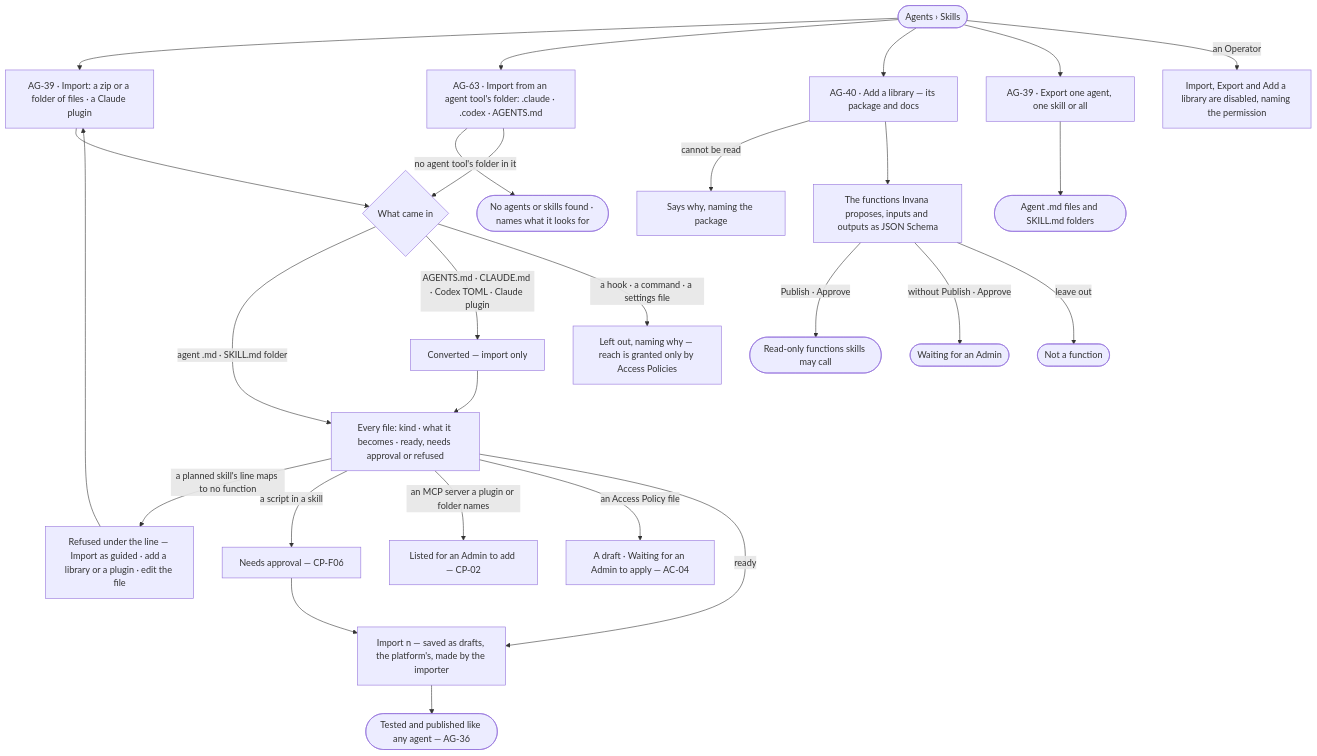
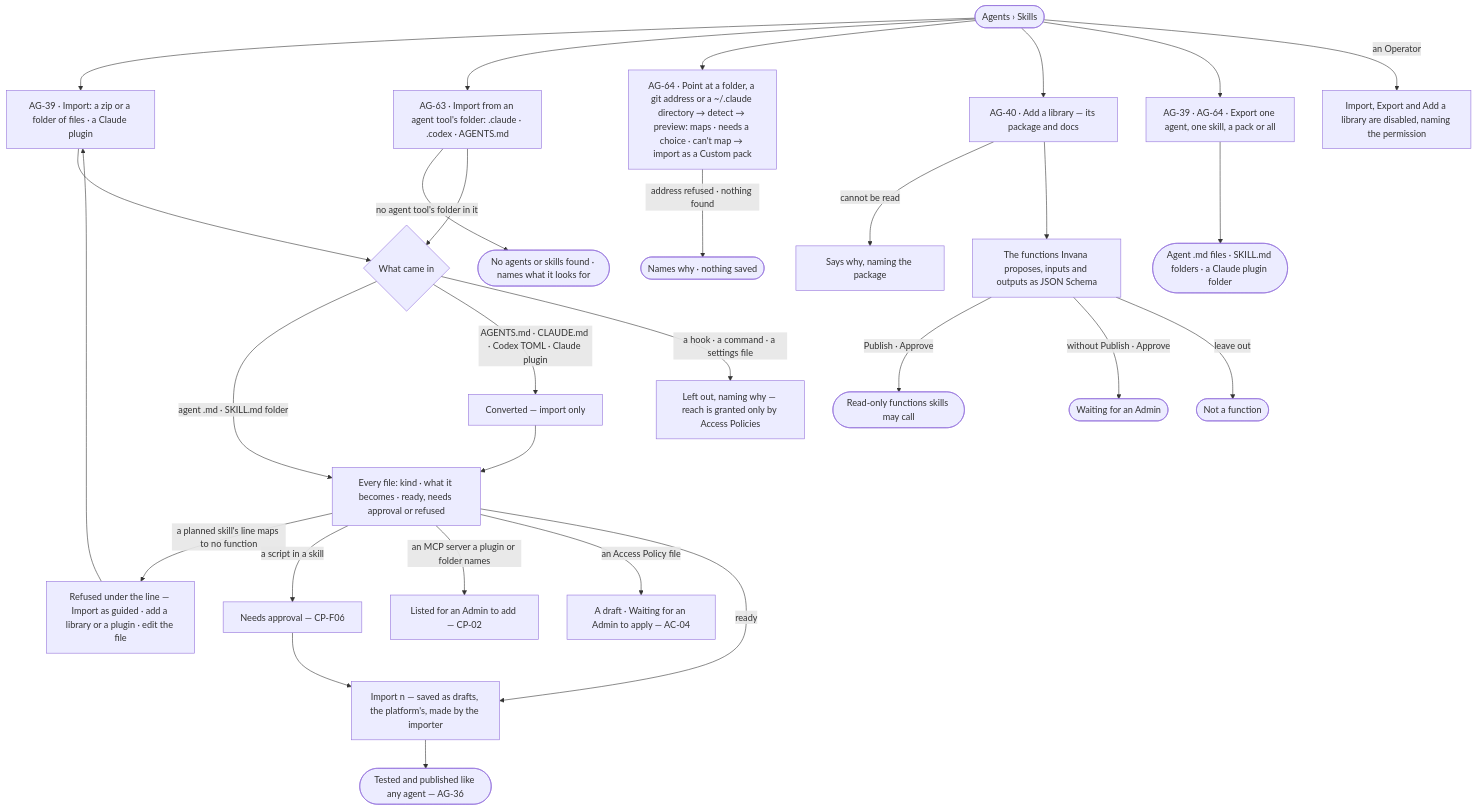
One commit to invana/invana changed the first of 2 diagrams in specs/capabilities/agents/features/AG-F08-portable-agents-and-skills/feature.md. Above: the diagram before and after it, drawn with Mermaid. The commit also changed other lines of this file and 24 other files, not shown here.

````diff
--- a/specs/capabilities/agents/features/AG-F08-portable-agents-and-skills/feature.md
+++ b/specs/capabilities/agents/features/AG-F08-portable-agents-and-skills/feature.md
@@ -25,27 +25,29 @@
 ```mermaid
 flowchart TD
   start([Agents › Skills]) --> imp["AG-39 · Import: a zip or a folder of files · a Claude plugin"]
   start --> tf["AG-63 · Import from an agent tool's folder: .claude · .codex · AGENTS.md"]
   tf -->|no agent tool's folder in it| tfn(["No agents or skills found · names what it looks for"])
   tf --> kind
   imp --> kind{"What came in"}
   kind -->|agent .md · SKILL.md folder| map["Every file: kind · what it becomes · ready, needs approval or refused"]
   kind -->|AGENTS.md · CLAUDE.md · Codex TOML · Claude plugin| conv["Converted — import only"] --> map
   kind -->|a hook · a command · a settings file| rk["Left out, naming why — reach is granted only by Access Policies"]
   map -->|a planned skill's line maps to no function| rf["Refused under the line — Import as guided · add a library or a plugin · edit the file"] --> imp
   map -->|a script in a skill| ap["Needs approval — CP-F06"]
   map -->|an MCP server a plugin or folder names| ms["Listed for an Admin to add — CP-02"]
   map -->|an Access Policy file| pf["A draft · Waiting for an Admin to apply — AC-04"]
   map -->|ready| save["Import n — saved as drafts, the platform's, made by the importer"]
   ap --> save
   save --> test(["Tested and published like any agent — AG-36"])
+  start --> ob["AG-64 · Point at a folder, a git address or a ~/.claude directory → detect → preview: maps · needs a choice · can't map → import as a Custom pack"]
+  ob -->|address refused · nothing found| obx(["Names why · nothing saved"])
   start --> lib["AG-40 · Add a library — its package and docs"]
   lib -->|cannot be read| lx["Says why, naming the package"]
   lib --> prop["The functions Invana proposes, inputs and outputs as JSON Schema"]
   prop -->|Publish · Approve| fn(["Read-only functions skills may call"])
   prop -->|without Publish · Approve| wa(["Waiting for an Admin"])
   prop -->|leave out| no(["Not a function"])
-  start --> exp["AG-39 · Export one agent, one skill or all"]
-  exp --> files(["Agent .md files and SKILL.md folders"])
+  start --> exp["AG-39 · AG-64 · Export one agent, one skill, a pack or all"]
+  exp --> files(["Agent .md files · SKILL.md folders · a Claude plugin folder"])
   start -->|an Operator| na["Import, Export and Add a library are disabled, naming the permission"]
 ```
````
